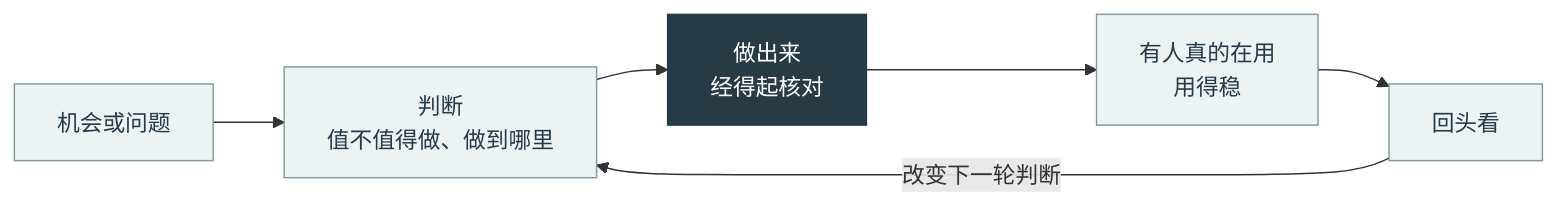
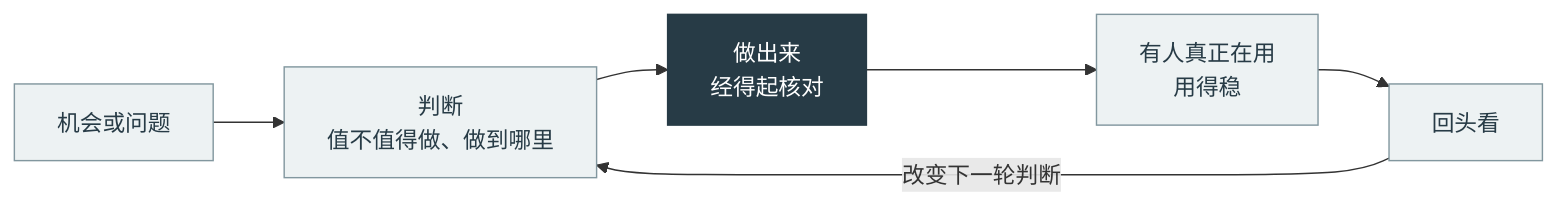
Before and after one commit to HengYangDS/rethinking-work: the diagram in diagrams/work-chain.mmd, drawn with Mermaid. The commit also changed 1 other file, not shown here.

Commit message:
fix(diagrams): two words deferred from the 0.2.5 reading
Figure 1 says 「有人真正在用」, as its caption says 「真正使用」; figure 6 says 「人看异常和交回的结果」, as the text says 「交回的结果」. Both rendered and looked at; the book's pages do not move.

```diff
--- a/diagrams/work-chain.mmd
+++ b/diagrams/work-chain.mmd
@@ -1,11 +1,11 @@
 flowchart LR
  A["机会或问题"] --> B["判断<br/>值不值得做、做到哪里"]
  B --> C["做出来<br/>经得起核对"]
- C --> D["有人真的在用<br/>用得稳"]
+ C --> D["有人真正在用<br/>用得稳"]
  D --> E["回头看"]
  E -->|"改变下一轮判断"| B
 
 classDef base fill:#edf2f3,stroke:#82979f,color:#273b46,stroke-width:1px;
 classDef focus fill:#273b46,stroke:#273b46,color:#ffffff,stroke-width:1px;
 class A,B,D,E base;
 class C focus;
```
